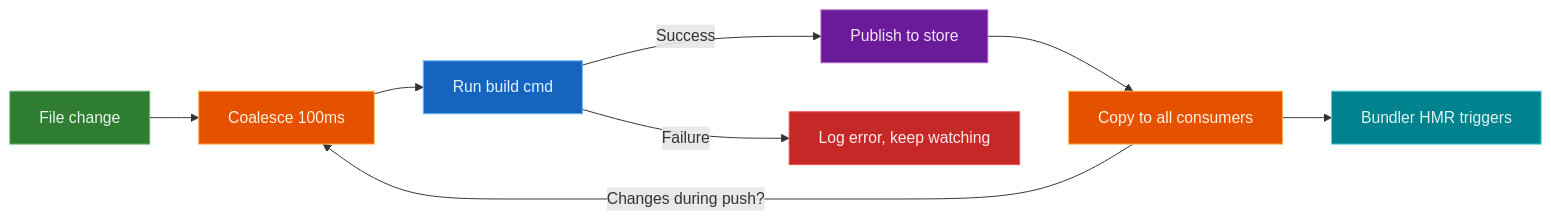
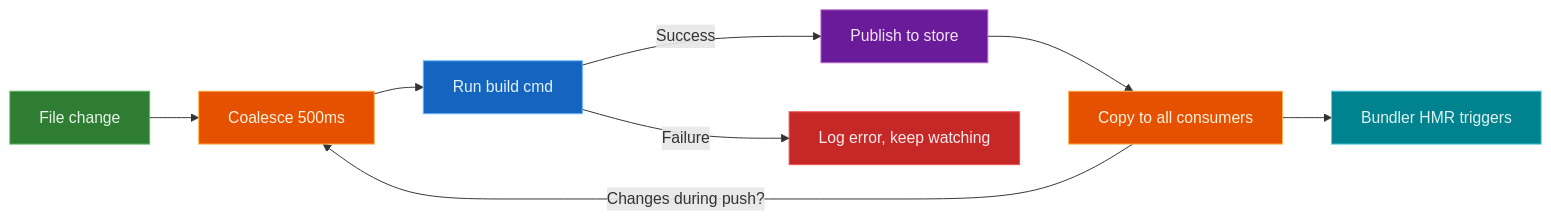
Before and after one commit to oleg-kuibar/plunk: the second of 2 diagrams in docs/getting-started.md, drawn with Mermaid. The commit also changed other lines of this file and 6 other files, not shown here.

````diff
--- a/docs/getting-started.md
+++ b/docs/getting-started.md
@@ -106,18 +106,18 @@
 ```mermaid
 graph LR
-    A[File change] --> B[Coalesce 100ms]
+    A[File change] --> B[Coalesce 500ms]
     B --> C[Run build cmd]
     C -->|Success| D[Publish to store]
     C -->|Failure| E[Log error, keep watching]
     D --> F[Copy to all consumers]
     F --> G[Bundler HMR triggers]
     F -->|Changes during push?| B
 
     style A fill:#2e7d32,stroke:#66bb6a,color:#e8f5e9
     style B fill:#e65100,stroke:#ffb74d,color:#fff3e0
     style C fill:#1565c0,stroke:#64b5f6,color:#e3f2fd
     style D fill:#6a1b9a,stroke:#ba68c8,color:#f3e5f5
     style E fill:#c62828,stroke:#ef5350,color:#ffebee
     style F fill:#e65100,stroke:#ffb74d,color:#fff3e0
     style G fill:#00838f,stroke:#4dd0e1,color:#e0f2f1
 ```
````
